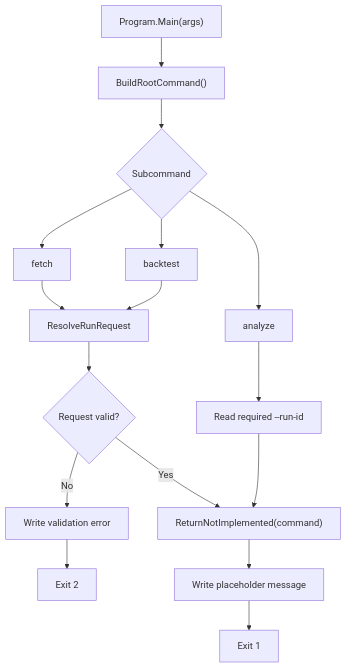
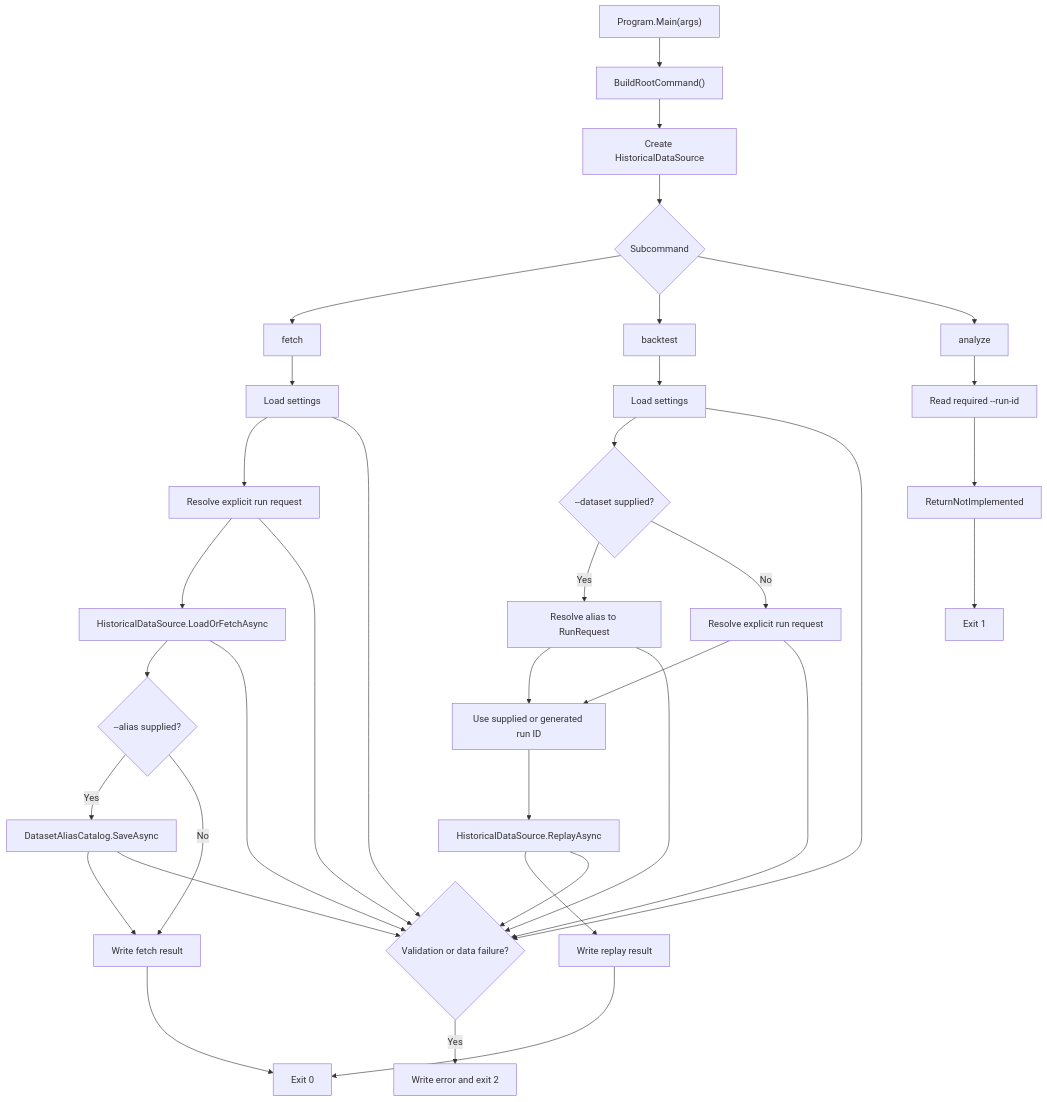
One commit to WickdAlgo/wickdbot-dotnet changed the first of 6 diagrams in docs/business-flows.md. Above: the diagram before and after it, drawn with Mermaid. The commit also changed other lines of this file, not shown here.

Commit message:
docs: update business flow diagrams for phase 2

````diff
--- a/docs/business-flows.md
+++ b/docs/business-flows.md
@@ -11,18 +11,42 @@
 ```mermaid
 flowchart TD
     A["Program.Main(args)"] --> B["BuildRootCommand()"]
-    B --> C{"Subcommand"}
-    C --> D["fetch"]
-    C --> E["backtest"]
-    C --> F["analyze"]
-    D --> G["ResolveRunRequest"]
-    E --> G
-    F --> H["Read required --run-id"]
-    G --> I{"Request valid?"}
-    I -->|No| J["Write validation error"]
-    J --> K["Exit 2"]
-    I -->|Yes| L["ReturnNotImplemented(command)"]
-    H --> L
-    L --> M["Write placeholder message"]
-    M --> N["Exit 1"]
+    B --> C["Create HistoricalDataSource"]
+    C --> D{"Subcommand"}
+    D --> E["fetch"]
+    D --> F["backtest"]
+    D --> G["analyze"]
+
+    E --> H["Load settings"]
+    H --> I["Resolve explicit run request"]
+    I --> J["HistoricalDataSource.LoadOrFetchAsync"]
+    J --> K{"--alias supplied?"}
+    K -->|Yes| L["DatasetAliasCatalog.SaveAsync"]
+    K -->|No| M["Write fetch result"]
+    L --> M
+    M --> N["Exit 0"]
+
+    F --> O["Load settings"]
+    O --> P{"--dataset supplied?"}
+    P -->|Yes| Q["Resolve alias to RunRequest"]
+    P -->|No| R["Resolve explicit run request"]
+    Q --> S["Use supplied or generated run ID"]
+    R --> S
+    S --> T["HistoricalDataSource.ReplayAsync"]
+    T --> U["Write replay result"]
+    U --> N
+
+    G --> V["Read required --run-id"]
+    V --> W["ReturnNotImplemented"]
+    W --> X["Exit 1"]
+
+    H --> Y{"Validation or data failure?"}
+    I --> Y
+    J --> Y
+    L --> Y
+    O --> Y
+    Q --> Y
+    R --> Y
+    T --> Y
+    Y -->|Yes| Z["Write error and exit 2"]
 ```
````
